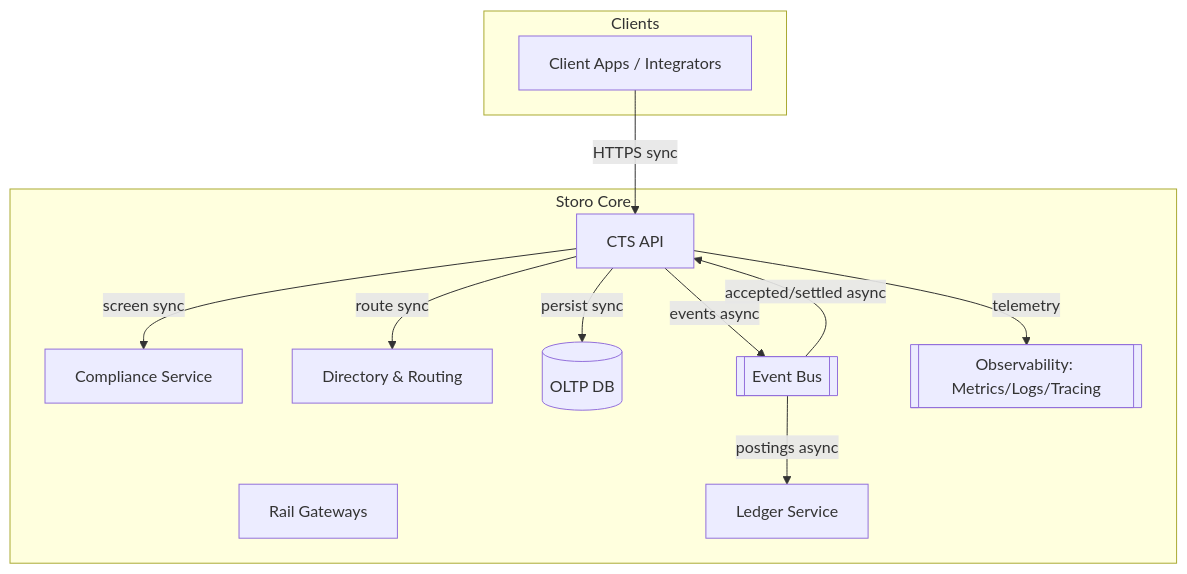
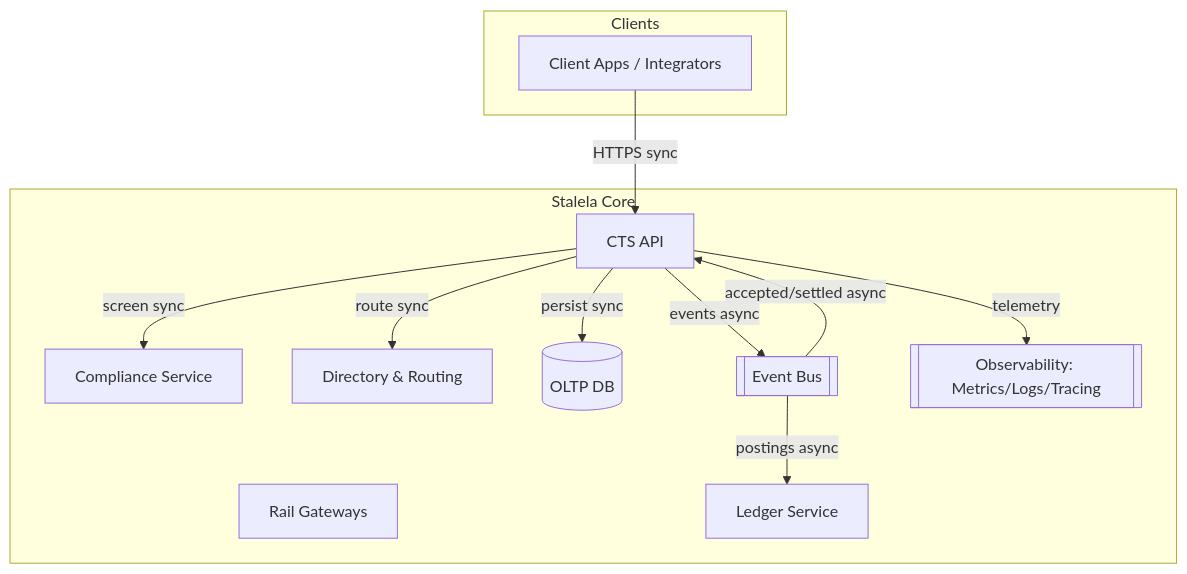
Before and after one commit to stalela/stalela-docs: the first of 13 diagrams in docs/10-components/canonical-transfer-service.md, drawn with Mermaid. The commit also changed other lines of this file and 117 other files, not shown here.

````diff
--- a/docs/10-components/canonical-transfer-service.md
+++ b/docs/10-components/canonical-transfer-service.md
@@ -21,26 +21,26 @@
 ```mermaid
 graph TD
   subgraph Clients
     A[Client Apps / Integrators]
   end
 
-  subgraph Storo Core
+  subgraph Stalela Core
     B[CTS API]
     C[Compliance Service]
     D[Directory & Routing]
     E[Rail Gateways]
     F[Ledger Service]
     G[(OLTP DB)]
     H[[Event Bus]]
     I[[Observability: Metrics/Logs/Tracing]]
   end
 
   A -- HTTPS sync --> B
   B -- screen sync --> C
   B -- route sync --> D
   B -- persist sync --> G
   B -- events async --> H
   H -- accepted/settled async --> B
   H -- postings async --> F
   B -- telemetry --> I
 ```
````
